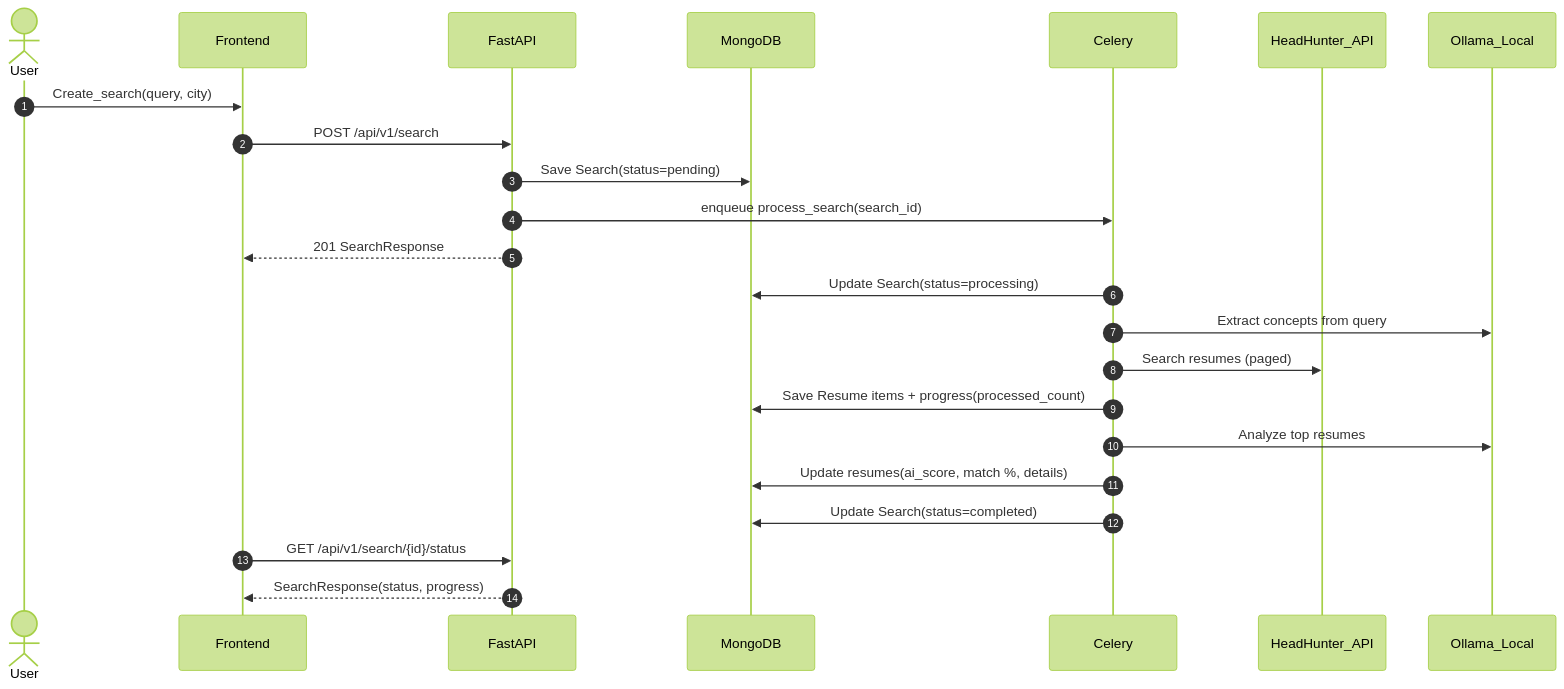
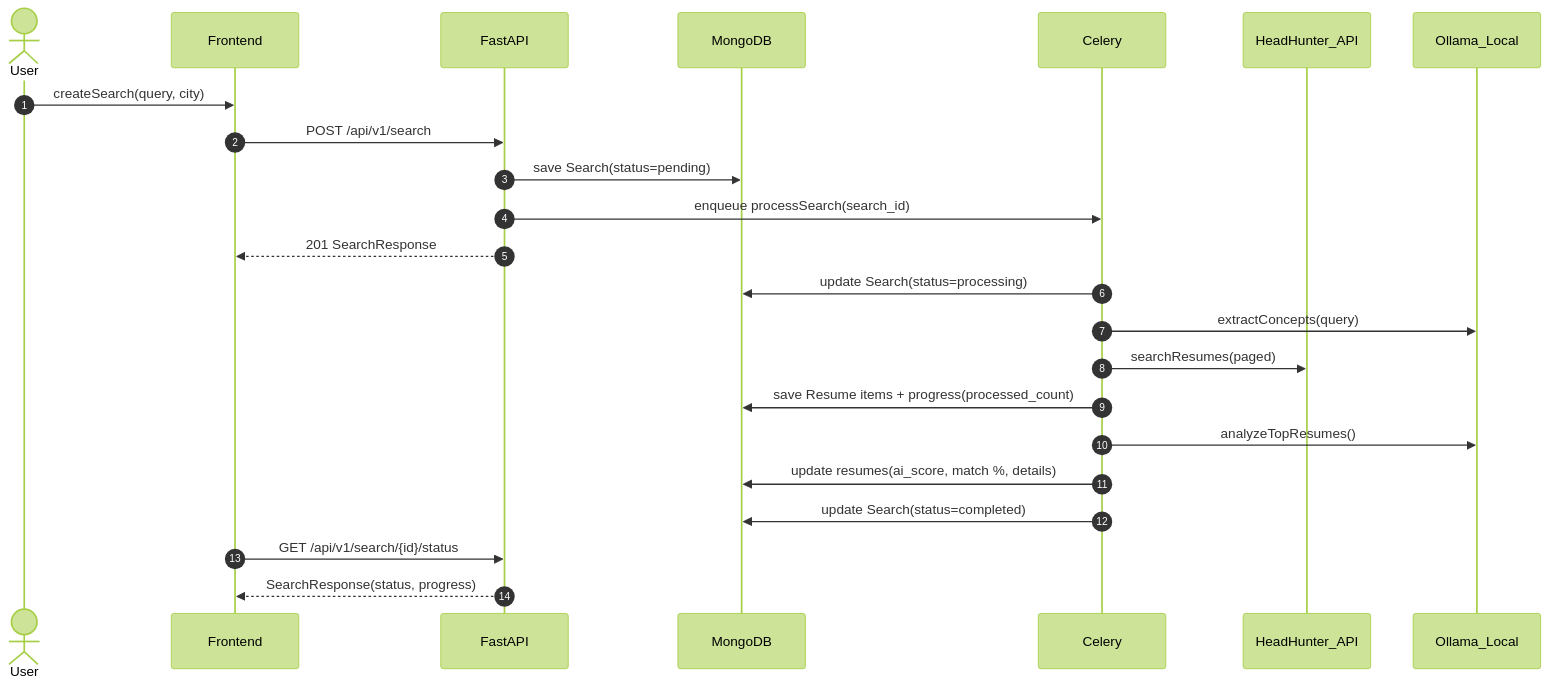
One commit to olegvagin57-lab/Ai_HH changed the second of 3 diagrams in README.md. Above: the diagram before and after it, drawn with Mermaid (forest theme). The commit also changed other lines of this file and 1 other file, not shown here.

````diff
--- a/README.md
+++ b/README.md
@@ -108,27 +108,27 @@
 ```mermaid
 sequenceDiagram
   autonumber
   actor U as User
   participant FE as Frontend
   participant API as FastAPI
   participant DB as MongoDB
   participant Q as Celery
   participant HH as HeadHunter_API
   participant LLM as Ollama_Local
 
-  U->>FE: Create_search(query, city)
+  U->>FE: createSearch(query, city)
   FE->>API: POST /api/v1/search
-  API->>DB: Save Search(status=pending)
-  API->>Q: enqueue process_search(search_id)
+  API->>DB: save Search(status=pending)
+  API->>Q: enqueue processSearch(search_id)
   API-->>FE: 201 SearchResponse
 
-  Q->>DB: Update Search(status=processing)
-  Q->>LLM: Extract concepts from query
-  Q->>HH: Search resumes (paged)
-  Q->>DB: Save Resume items + progress(processed_count)
-  Q->>LLM: Analyze top resumes
-  Q->>DB: Update resumes(ai_score, match %, details)
-  Q->>DB: Update Search(status=completed)
+  Q->>DB: update Search(status=processing)
+  Q->>LLM: extractConcepts(query)
+  Q->>HH: searchResumes(paged)
+  Q->>DB: save Resume items + progress(processed_count)
+  Q->>LLM: analyzeTopResumes()
+  Q->>DB: update resumes(ai_score, match %, details)
+  Q->>DB: update Search(status=completed)
   FE->>API: GET /api/v1/search/{id}/status
   API-->>FE: SearchResponse(status, progress)
 ```
````
